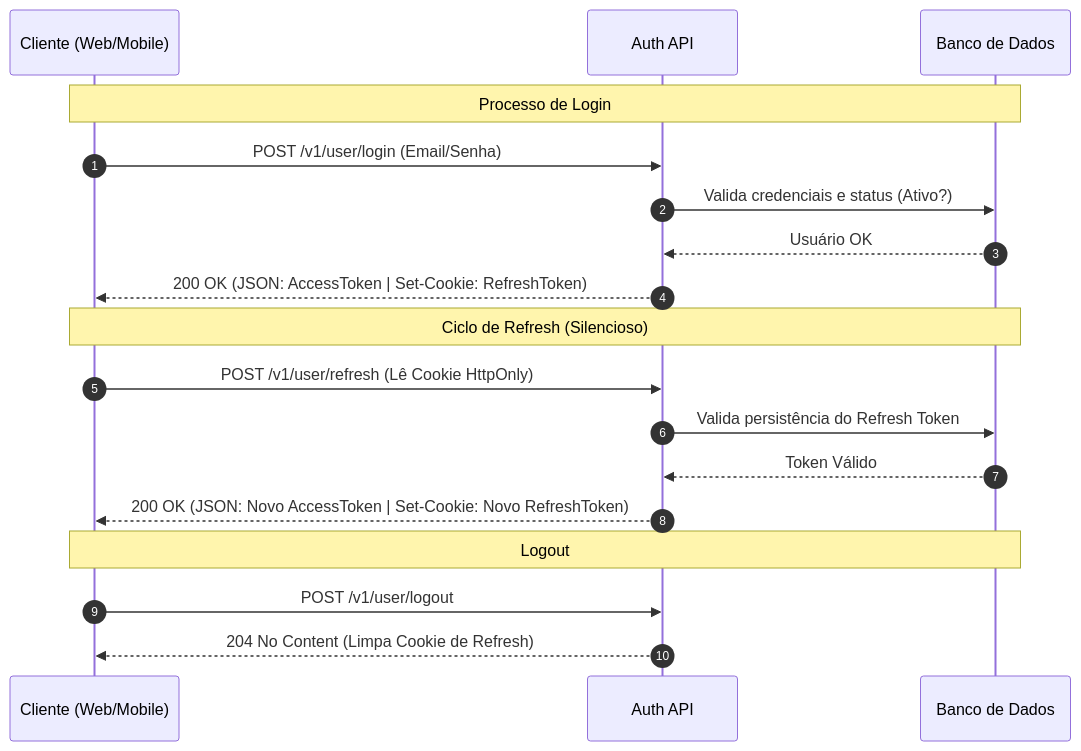
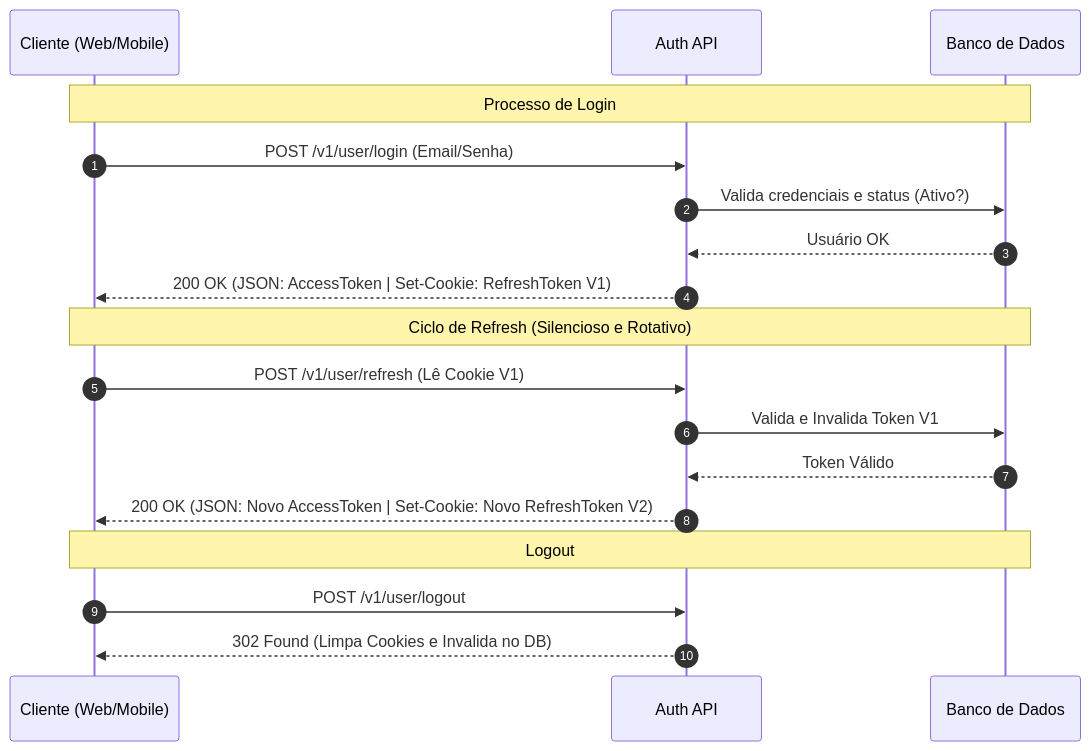
Before and after one commit to secexpessoal/auth-server: the second of 6 diagrams in README.md, drawn with Mermaid. The commit also changed other lines of this file, not shown here.

````diff
--- a/README.md
+++ b/README.md
@@ -47,23 +50,23 @@
 ```mermaid
 sequenceDiagram
     autonumber
     participant Client as Cliente (Web/Mobile)
     participant API as Auth API
     participant DB as Banco de Dados
 
     Note over Client, DB: Processo de Login
     Client->>API: POST /v1/user/login (Email/Senha)
     API->>DB: Valida credenciais e status (Ativo?)
     DB-->>API: Usuário OK
-    API-->>Client: 200 OK (JSON: AccessToken | Set-Cookie: RefreshToken)
+    API-->>Client: 200 OK (JSON: AccessToken | Set-Cookie: RefreshToken V1)
 
-    Note over Client, DB: Ciclo de Refresh (Silencioso)
-    Client->>API: POST /v1/user/refresh (Lê Cookie HttpOnly)
-    API->>DB: Valida persistência do Refresh Token
+    Note over Client, DB: Ciclo de Refresh (Silencioso e Rotativo)
+    Client->>API: POST /v1/user/refresh (Lê Cookie V1)
+    API->>DB: Valida e Invalida Token V1
     DB-->>API: Token Válido
-    API-->>Client: 200 OK (JSON: Novo AccessToken | Set-Cookie: Novo RefreshToken)
+    API-->>Client: 200 OK (JSON: Novo AccessToken | Set-Cookie: Novo RefreshToken V2)
 
     Note over Client, DB: Logout
     Client->>API: POST /v1/user/logout
-    API-->>Client: 204 No Content (Limpa Cookie de Refresh)
+    API-->>Client: 302 Found (Limpa Cookies e Invalida no DB)
 ```
````
